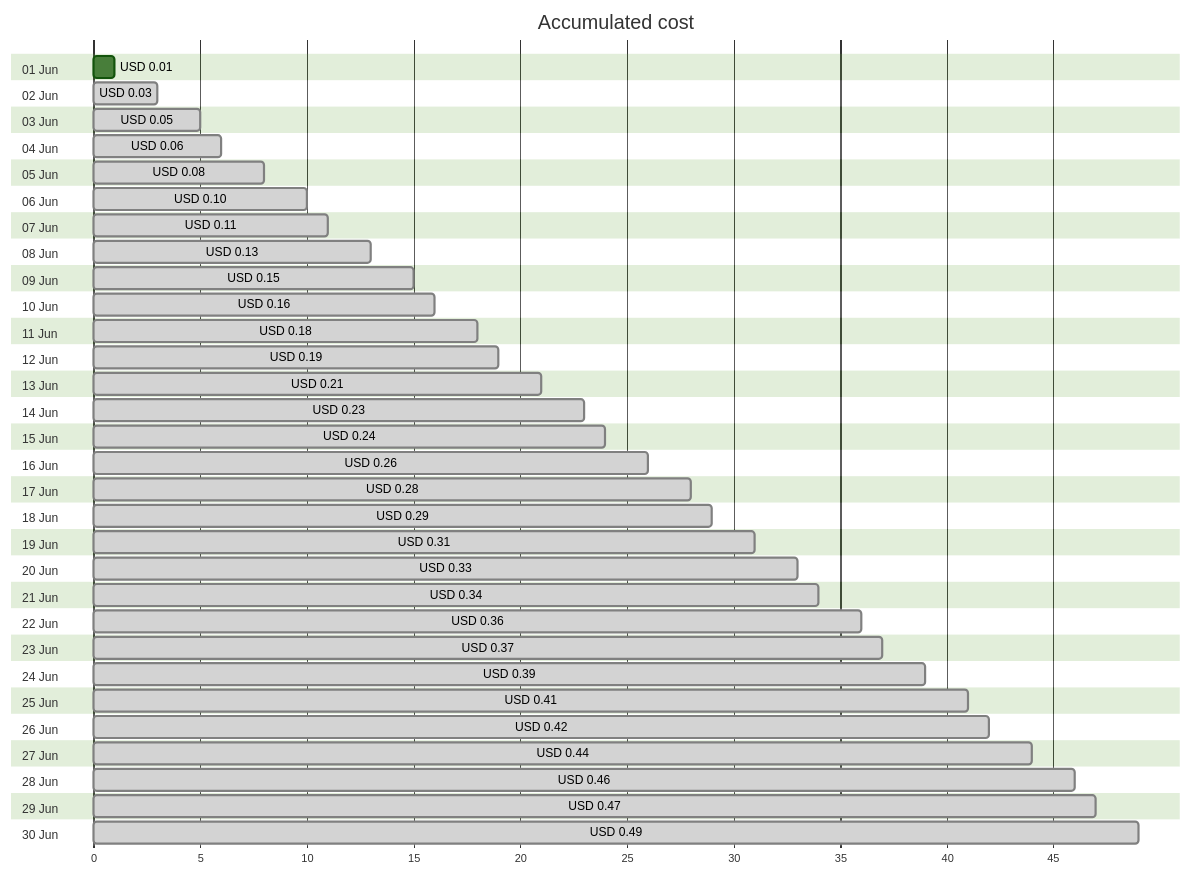
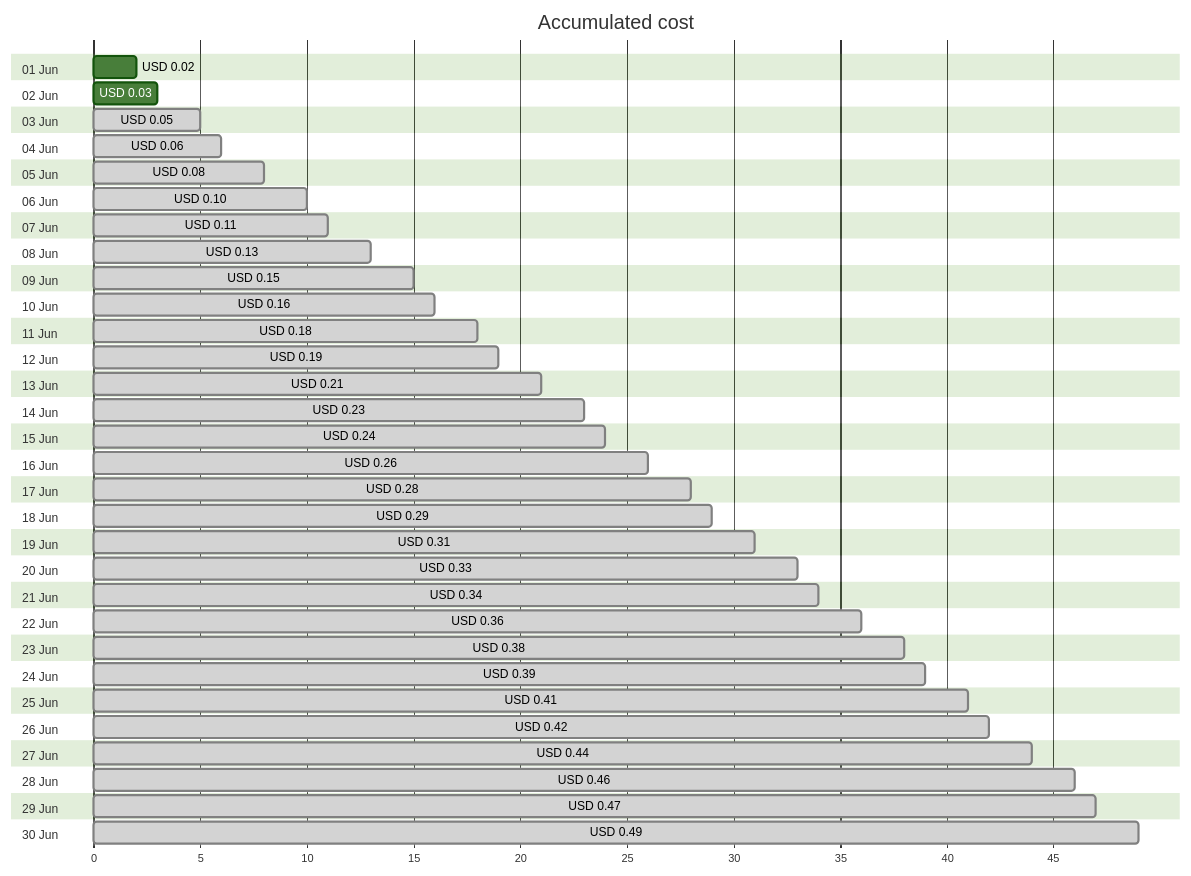
One commit to jpfulton/azure-personal-reports changed the first of 4 diagrams in cost-reports/personal-dns/jpatrickfulton.com.md. Above: the diagram before and after it, drawn with Mermaid (forest theme). The commit also changed other lines of this file and 2 other files, not shown here.

````diff
--- a/cost-reports/personal-dns/jpatrickfulton.com.md
+++ b/cost-reports/personal-dns/jpatrickfulton.com.md
@@ -20,66 +20,66 @@
 ```mermaid
 gantt
    title Accumulated cost
    dateFormat  X
    axisFormat %s
    section 01 Jun
-   USD 0.01 :0, 1
+   USD 0.02 :0, 2
    section 02 Jun
-   USD 0.03 : done, 0, 3
+   USD 0.03 :0, 3
    section 03 Jun
    USD 0.05 : done, 0, 5
    section 04 Jun
    USD 0.06 : done, 0, 6
    section 05 Jun
    USD 0.08 : done, 0, 8
    section 06 Jun
    USD 0.10 : done, 0, 10
    section 07 Jun
    USD 0.11 : done, 0, 11
    section 08 Jun
    USD 0.13 : done, 0, 13
    section 09 Jun
    USD 0.15 : done, 0, 15
    section 10 Jun
    USD 0.16 : done, 0, 16
    section 11 Jun
    USD 0.18 : done, 0, 18
    section 12 Jun
    USD 0.19 : done, 0, 19
    section 13 Jun
    USD 0.21 : done, 0, 21
    section 14 Jun
    USD 0.23 : done, 0, 23
    section 15 Jun
    USD 0.24 : done, 0, 24
    section 16 Jun
    USD 0.26 : done, 0, 26
    section 17 Jun
    USD 0.28 : done, 0, 28
    section 18 Jun
    USD 0.29 : done, 0, 29
    section 19 Jun
    USD 0.31 : done, 0, 31
    section 20 Jun
    USD 0.33 : done, 0, 33
    section 21 Jun
    USD 0.34 : done, 0, 34
    section 22 Jun
    USD 0.36 : done, 0, 36
    section 23 Jun
-   USD 0.37 : done, 0, 37
+   USD 0.38 : done, 0, 38
    section 24 Jun
    USD 0.39 : done, 0, 39
    section 25 Jun
    USD 0.41 : done, 0, 41
    section 26 Jun
    USD 0.42 : done, 0, 42
    section 27 Jun
    USD 0.44 : done, 0, 44
    section 28 Jun
    USD 0.46 : done, 0, 46
    section 29 Jun
    USD 0.47 : done, 0, 47
    section 30 Jun
    USD 0.49 : done, 0, 49
 ```
````
